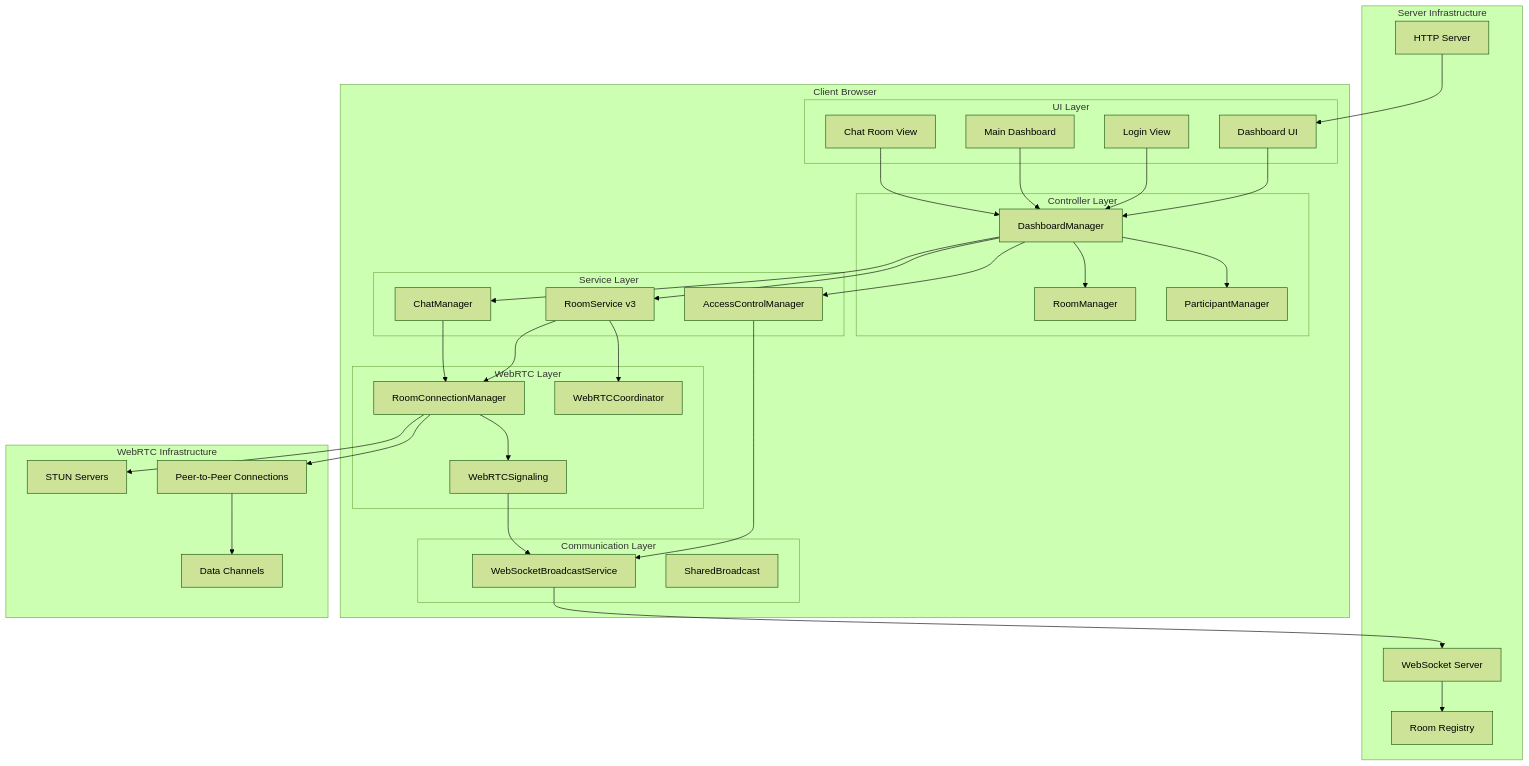
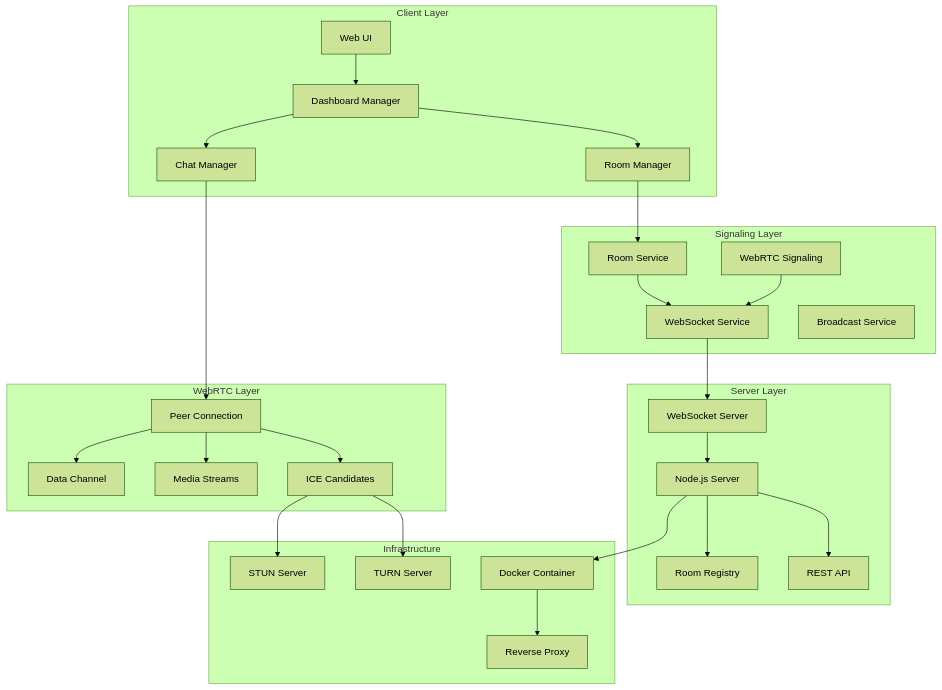
The first of 11 diagrams in docs/webrtc-dashboard-architecture.md (xlp0/LandingPage), drawn with Mermaid (forest theme) before and after one commit. The commit also changed other lines of this file, not shown here.

First line of the commit message:
RESTORE: Use our comprehensive architecture document (1099 lines)

````diff
--- a/docs/webrtc-dashboard-architecture.md
+++ b/docs/webrtc-dashboard-architecture.md
@@ -29,73 +45,60 @@
 ```mermaid
 graph TB
-    subgraph "Client Browser"
-        subgraph "UI Layer"
-            UI[Dashboard UI]
-            LOGIN[Login View]
-            MAIN[Main Dashboard]
-            CHAT[Chat Room View]
-        end
-        
-        subgraph "Controller Layer"
-            DM[DashboardManager]
-            RM[RoomManager]
-            PM[ParticipantManager]
-        end
-        
-        subgraph "Service Layer"
-            RS[RoomService v3]
-            ACM[AccessControlManager]
-            CM[ChatManager]
-        end
-        
-        subgraph "WebRTC Layer"
-            RCM[RoomConnectionManager]
-            WSIG[WebRTCSignaling]
-            WCO[WebRTCCoordinator]
-        end
-        
-        subgraph "Communication Layer"
-            WBS[WebSocketBroadcastService]
-            BC[SharedBroadcast]
-        end
+    subgraph "Client Layer"
+        UI[Web UI]
+        DM[Dashboard Manager]
+        CM[Chat Manager]
+        RM[Room Manager]
     end
     
-    subgraph "Server Infrastructure"
-        WS[WebSocket Server]
-        RR[Room Registry]
-        HTTP[HTTP Server]
+    subgraph "WebRTC Layer"
+        PC[Peer Connection]
+        DC[Data Channel]
+        MS[Media Streams]
+        ICE[ICE Candidates]
     end
     
-    subgraph "WebRTC Infrastructure"
-        STUN[STUN Servers]
-        PEER[Peer-to-Peer Connections]
-        DC[Data Channels]
+    subgraph "Signaling Layer"
+        WS[WebSocket Service]
+        SIG[WebRTC Signaling]
+        ROOM[Room Service]
+        BROAD[Broadcast Service]
+    end
+    
+    subgraph "Server Layer"
+        NODE[Node.js Server]
+        WSS[WebSocket Server]
+        REG[Room Registry]
+        API[REST API]
+    end
+    
+    subgraph "Infrastructure"
+        STUN[STUN Server]
+        TURN[TURN Server]
+        DOCKER[Docker Container]
+        NGINX[Reverse Proxy]
     end
     
     UI --> DM
-    LOGIN --> DM
-    MAIN --> DM
-    CHAT --> DM
-    
-    DM --> RS
-    DM --> ACM
     DM --> CM
     DM --> RM
-    DM --> PM
+    CM --> PC
+    RM --> ROOM
     
-    RS --> RCM
-    RS --> WCO
-    CM --> RCM
-    ACM --> WBS
+    PC --> DC
+    PC --> MS
+    PC --> ICE
     
-    RCM --> WSIG
-    WSIG --> WBS
-    WBS --> WS
+    ROOM --> WS
+    SIG --> WS
+    WS --> WSS
     
-    RCM --> PEER
-    PEER --> DC
-    RCM --> STUN
+    WSS --> NODE
+    NODE --> REG
+    NODE --> API
     
-    WS --> RR
-    HTTP --> UI
+    ICE --> STUN
+    ICE --> TURN
+    NODE --> DOCKER
+    DOCKER --> NGINX
 ```
````
